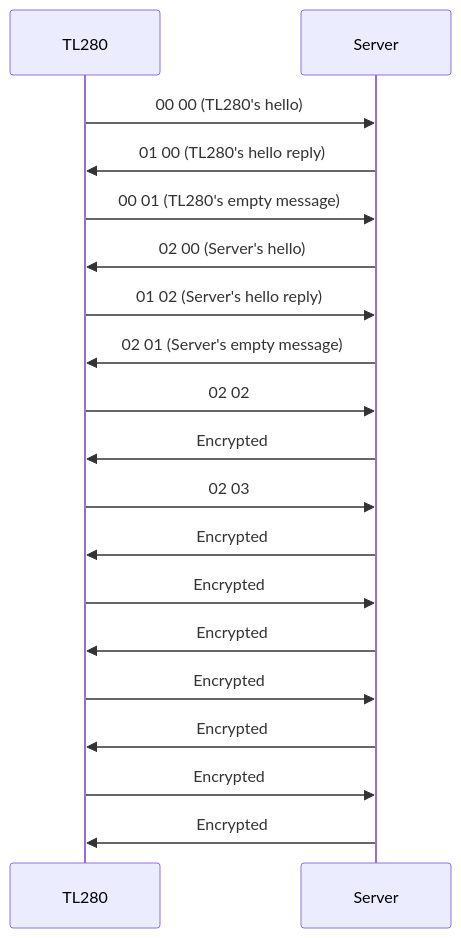
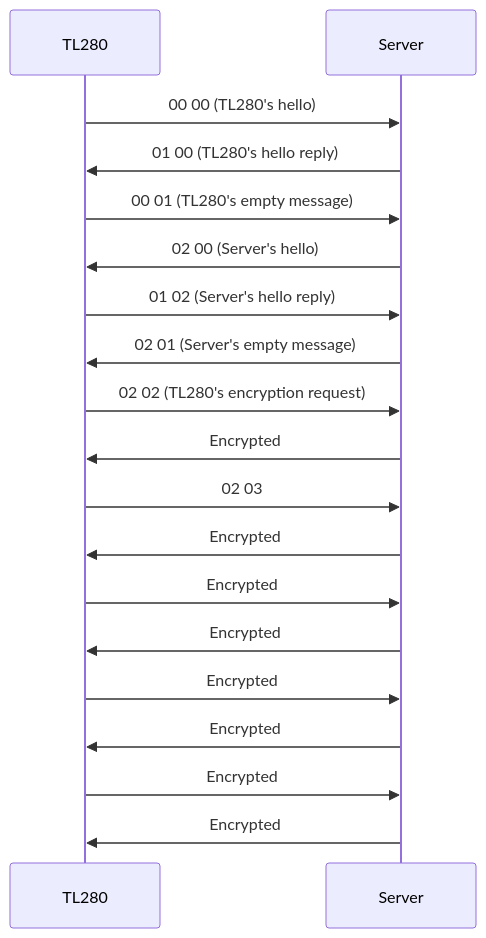
Before and after one commit to rmilecki/dsc-itv2-protocol: the diagram in NOTIFICATION.md, drawn with Mermaid. The commit also changed other lines of this file, not shown here.

First line of the commit message:
NOTIFICATION: Document TL280's encryption request message

````diff
--- a/NOTIFICATION.md
+++ b/NOTIFICATION.md
@@ -151,21 +165,21 @@
 ```mermaid
 sequenceDiagram
     participant TL280
     participant Server
     TL280->>Server: 00 00 (TL280's hello)
     Server->>TL280: 01 00 (TL280's hello reply)
     TL280->>Server: 00 01 (TL280's empty message)
     Server->>TL280: 02 00 (Server's hello)
     TL280->>Server: 01 02 (Server's hello reply)
     Server->>TL280: 02 01 (Server's empty message)
-    TL280->>Server: 02 02
+    TL280->>Server: 02 02 (TL280's encryption request)
     Server->>TL280: Encrypted
     TL280->>Server: 02 03
     Server->>TL280: Encrypted
     TL280->>Server: Encrypted
     Server->>TL280: Encrypted
     TL280->>Server: Encrypted
     Server->>TL280: Encrypted
     TL280->>Server: Encrypted
     Server->>TL280: Encrypted
 ```
````
